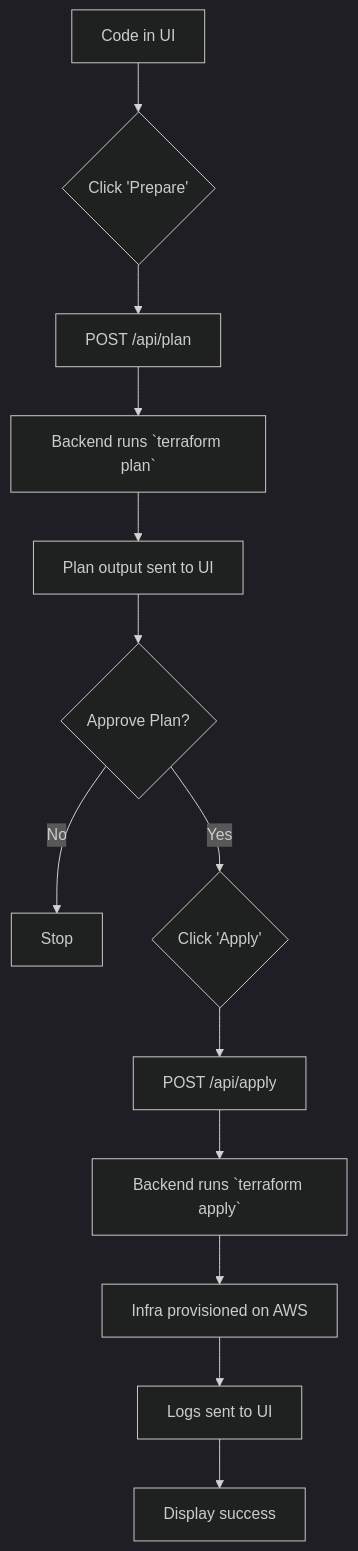
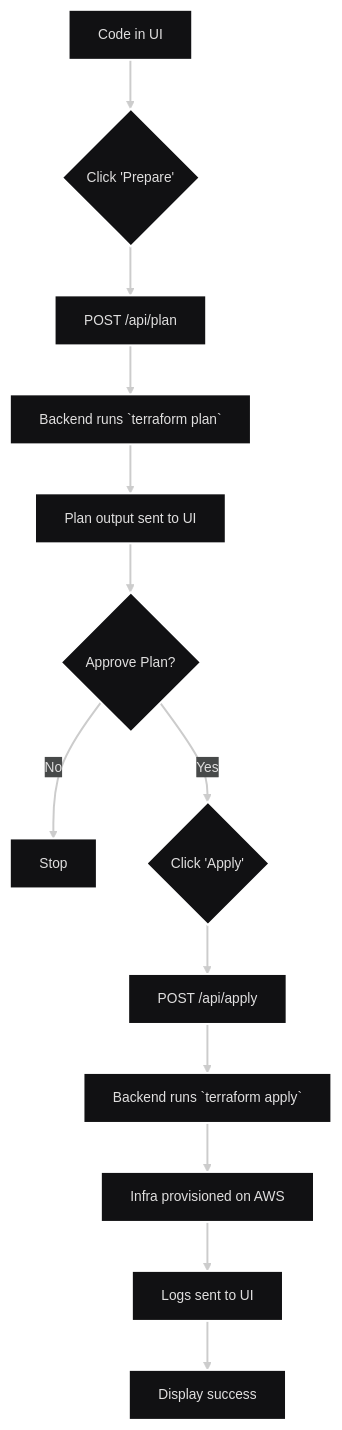
Before and after one commit to UnityNimit/TerraFormancer: the third of 4 diagrams in README.md, drawn with Mermaid. The commit also changed other lines of this file, not shown here.

````diff
--- a/README.md
+++ b/README.md
@@ -220,19 +211,20 @@
-      ```mermaid
-      ---
-      config:
-        theme: dark
-      ---
-      flowchart TD
-        A[Code in UI] --> B{Click 'Prepare'}
-        B --> C[POST /api/plan]
-        C --> D[Backend runs `terraform plan`]
-        D --> E[Plan output sent to UI]
-        E --> F{Approve Plan?}
-        F -- No --> G[Stop]
-        F -- Yes --> H{Click 'Apply'}
-        H --> I[POST /api/apply]
-        I --> J[Backend runs `terraform apply`]
-        J --> K[Infra provisioned on AWS]
-        K --> L[Logs sent to UI]
-        L --> M[Display success]
-      ```
+```mermaid
+---
+config:
+  theme: redux-dark
+  look: classic
+---
+flowchart TD
+  A[Code in UI] --> B{Click 'Prepare'}
+  B --> C[POST /api/plan]
+  C --> D[Backend runs `terraform plan`]
+  D --> E[Plan output sent to UI]
+  E --> F{Approve Plan?}
+  F -- No --> G[Stop]
+  F -- Yes --> H{Click 'Apply'}
+  H --> I[POST /api/apply]
+  I --> J[Backend runs `terraform apply`]
+  J --> K[Infra provisioned on AWS]
+  K --> L[Logs sent to UI]
+  L --> M[Display success]
+```
````
